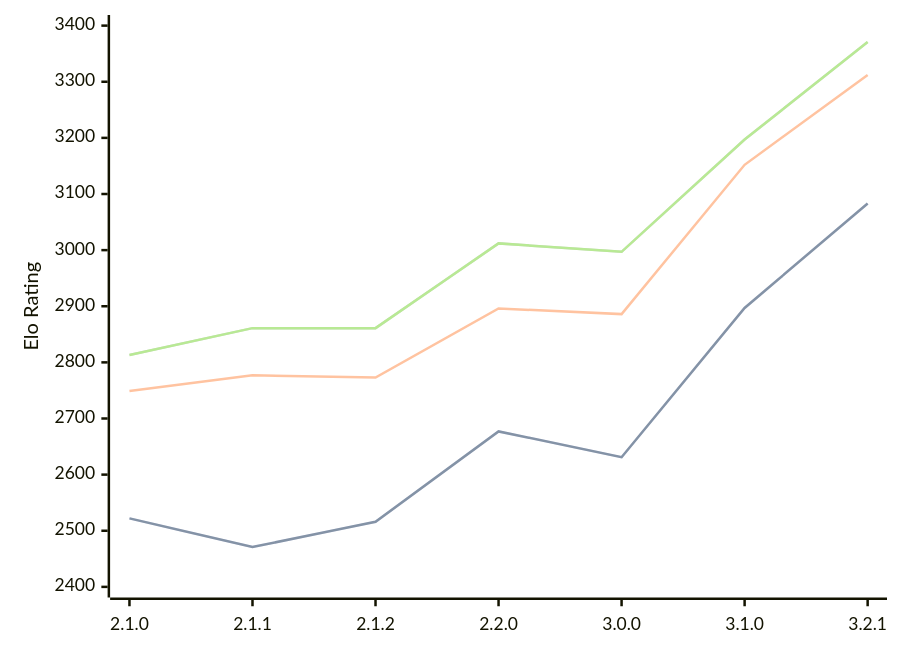
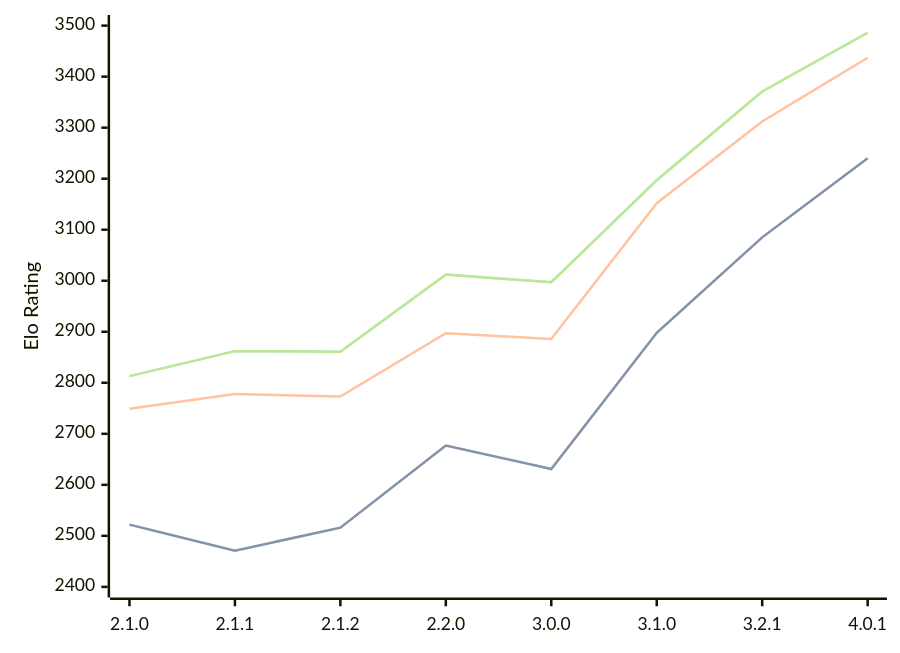
Before and after one commit to computer-chess-index/cci: the third of 3 diagrams in engines/Prune.md, drawn with Mermaid. The commit also changed other lines of this file, not shown here.

Commit message:
Update CCI Ratings (ELO VLTC) - 2026-07-09

````diff
--- a/engines/Prune.md
+++ b/engines/Prune.md
@@ -77,11 +77,11 @@
 ```mermaid
 %%{init: {"theme":"base","themeVariables":{"seriesColors:['#a3a3a3','#222221','#faa371']}}}%%
 xychart-beta
-  x-axis ["2.1.0", "2.1.1", "2.1.2", "2.2.0", "3.0.0", "3.1.0", "3.2.1"]
-  y-axis "Elo Rating" 2400 --> 3400
-  line "STC (8.0+0.08s)" [2522, 2471, 2516, 2677, 2631, 2897, 3083]
-  line "STC (8.0+0.08s)" [2522, 2471, 2516, 2677, 2631, 2897, 3083]
-  line "LTC (60.0+0.60s)" [2749, 2777, 2773, 2896, 2886, 3152, 3312]
-  line "VLTC (2m24s+1.12s)" [2813, 2861, 2861, 3012, 2997, 3197, 3371]
-  line "VLTC (2m24s+1.12s)" [2813, 2861, 2861, 3012, 2997, 3197, 3371]
+  x-axis ["2.1.0", "2.1.1", "2.1.2", "2.2.0", "3.0.0", "3.1.0", "3.2.1", "4.0.1"]
+  y-axis "Elo Rating" 2400 --> 3500
+  line "STC (8.0+0.08s)" [2522, 2471, 2516, 2677, 2631, 2898, 3085, 3240]
+  line "STC (8.0+0.08s)" [2522, 2471, 2516, 2677, 2631, 2898, 3085, 3240]
+  line "LTC (60.0+0.60s)" [2749, 2778, 2773, 2897, 2886, 3152, 3312, 3437]
+  line "VLTC (2m24s+1.12s)" [2813, 2862, 2861, 3012, 2997, 3197, 3371, 3486]
+  line "VLTC (2m24s+1.12s)" [2813, 2862, 2861, 3012, 2997, 3197, 3371, 3486]
 ```
````
